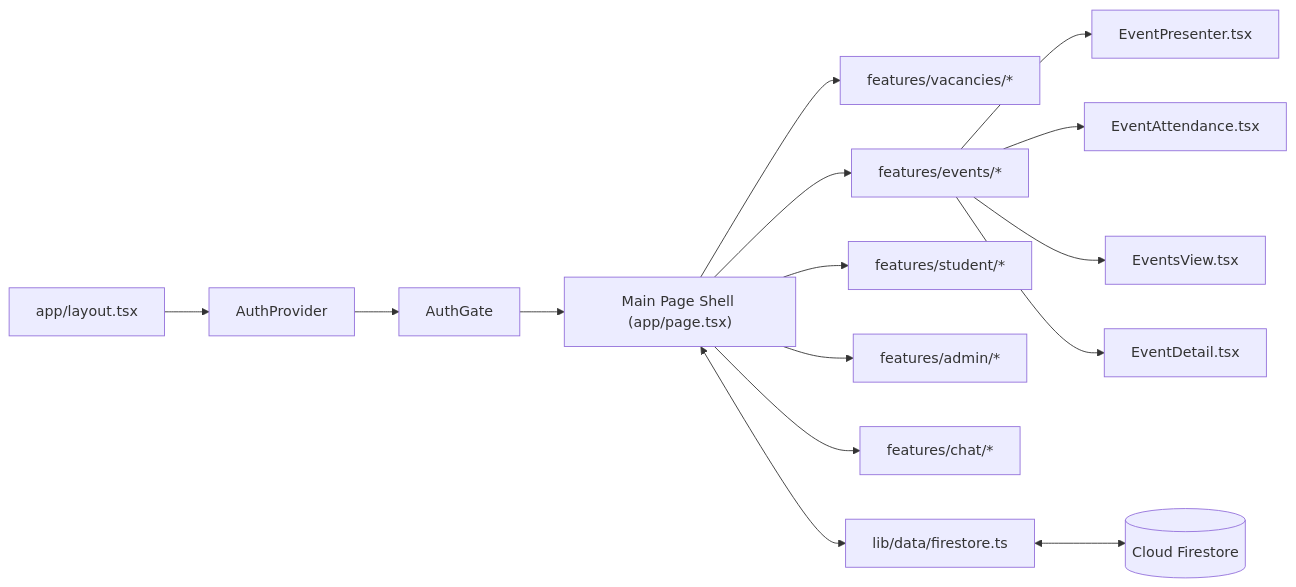
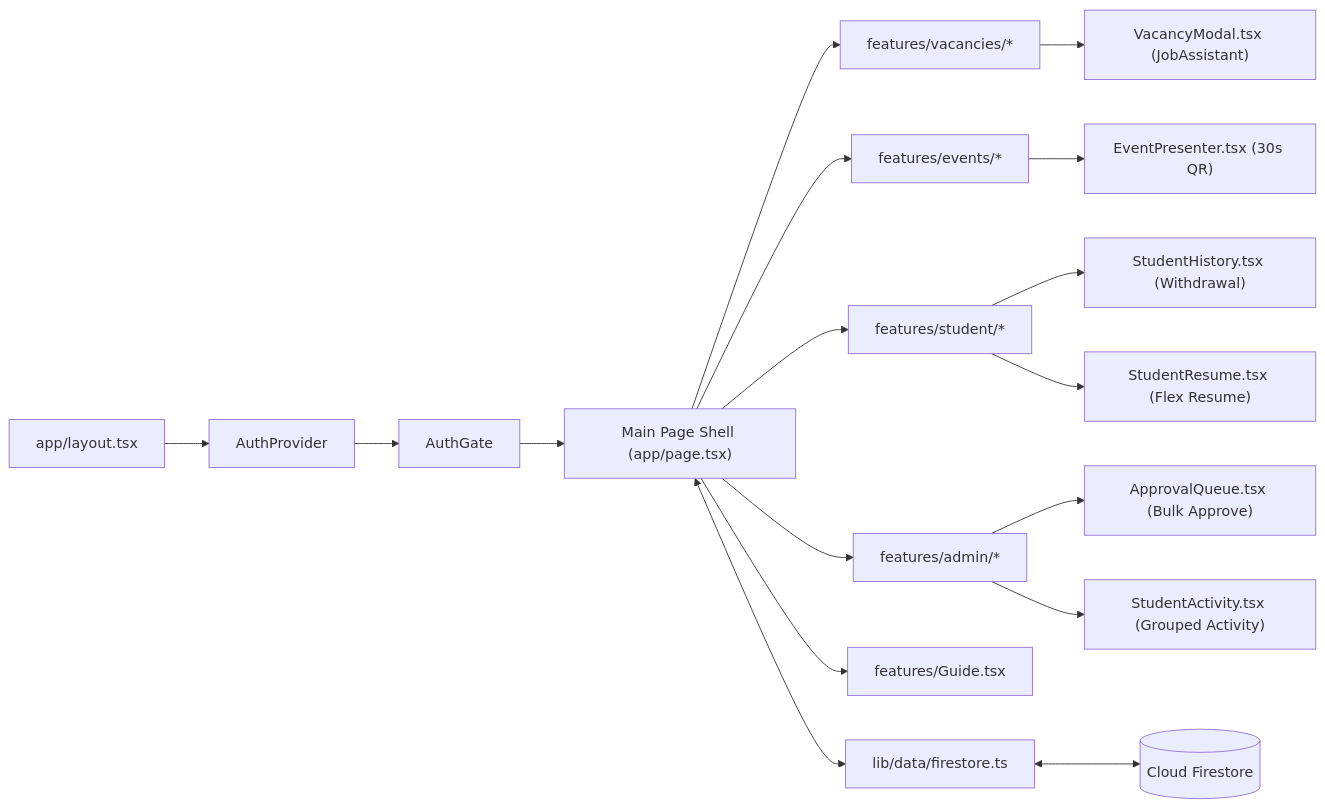
The second of 4 diagrams in webapp/docs/SOFTWARE_DOCUMENTATION.md (SooYM/QIU-Industry-Webapp), drawn with Mermaid before and after one commit. The commit also changed other lines of this file and 2 other files, not shown here.

Commit message:
docs(readme): update documentation for QIU-red branding, role guides, applicant counters, and bulk approvals

````diff
--- a/webapp/docs/SOFTWARE_DOCUMENTATION.md
+++ b/webapp/docs/SOFTWARE_DOCUMENTATION.md
@@ -127,20 +139,22 @@
 ```mermaid
 flowchart LR
     Layout["app/layout.tsx"] --> Provider["AuthProvider"]
     Provider --> Gate["AuthGate"]
     Gate --> Shell["Main Page Shell (app/page.tsx)"]
     
     Shell --> VacanciesModule["features/vacancies/*"]
     Shell --> EventsModule["features/events/*"]
     Shell --> StudentModule["features/student/*"]
     Shell --> AdminModule["features/admin/*"]
-    Shell --> ChatModule["features/chat/*"]
+    Shell --> GuideModule["features/Guide.tsx"]
 
-    EventsModule --> EventPresenter["EventPresenter.tsx"]
-    EventsModule --> EventAttendance["EventAttendance.tsx"]
-    EventsModule --> EventsView["EventsView.tsx"]
-    EventsModule --> EventDetail["EventDetail.tsx"]
+    VacanciesModule --> VacancyModal["VacancyModal.tsx (JobAssistant)"]
+    AdminModule --> ApprovalQueue["ApprovalQueue.tsx (Bulk Approve)"]
+    AdminModule --> StudentActivity["StudentActivity.tsx (Grouped Activity)"]
+    StudentModule --> StudentHistory["StudentHistory.tsx (Withdrawal)"]
+    StudentModule --> StudentResume["StudentResume.tsx (Flex Resume)"]
+    EventsModule --> EventPresenter["EventPresenter.tsx (30s QR)"]
 
     FirestoreAccess["lib/data/firestore.ts"] <--> Firestore[("Cloud Firestore")]
     Shell <--> FirestoreAccess
 ```
````
